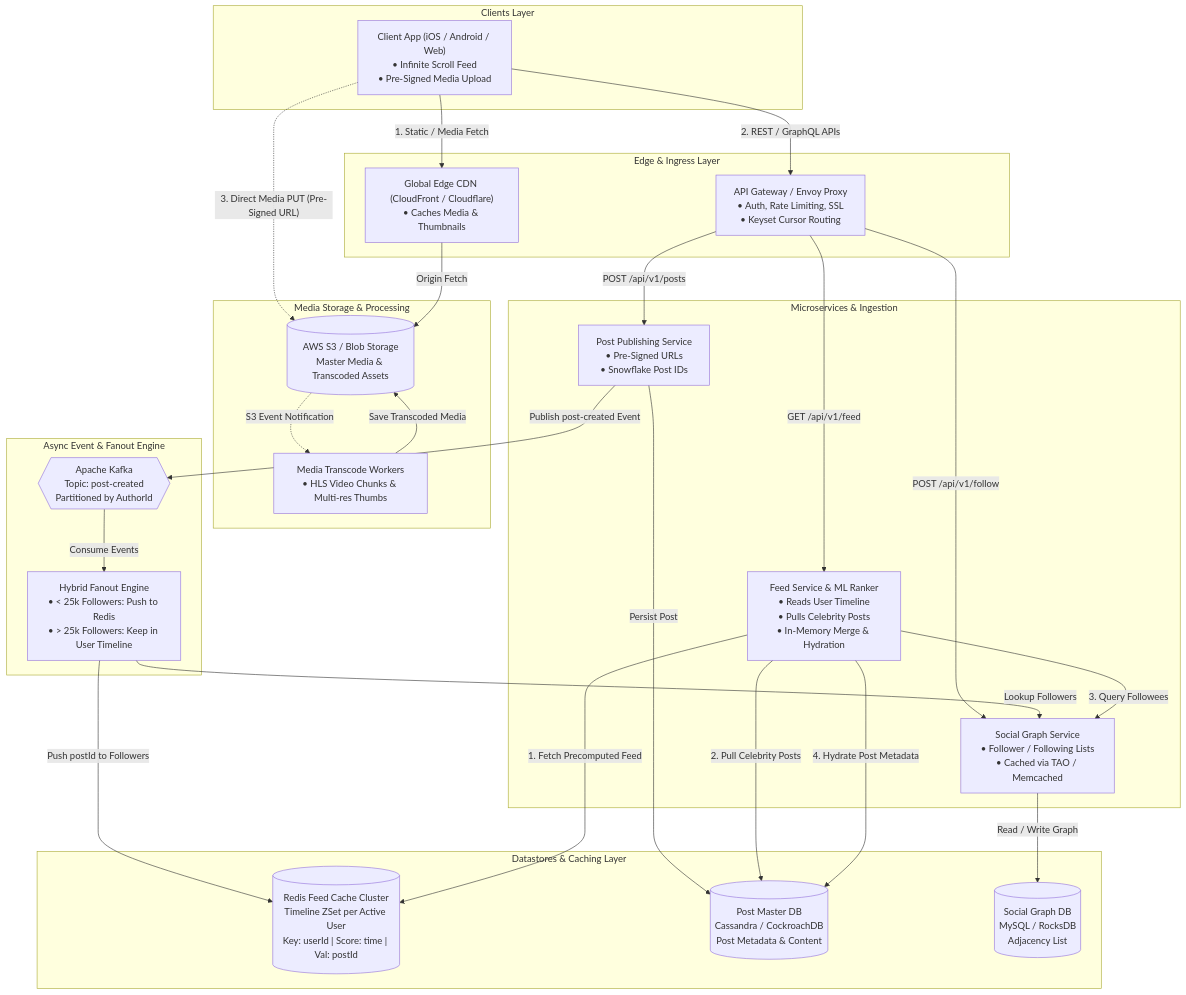
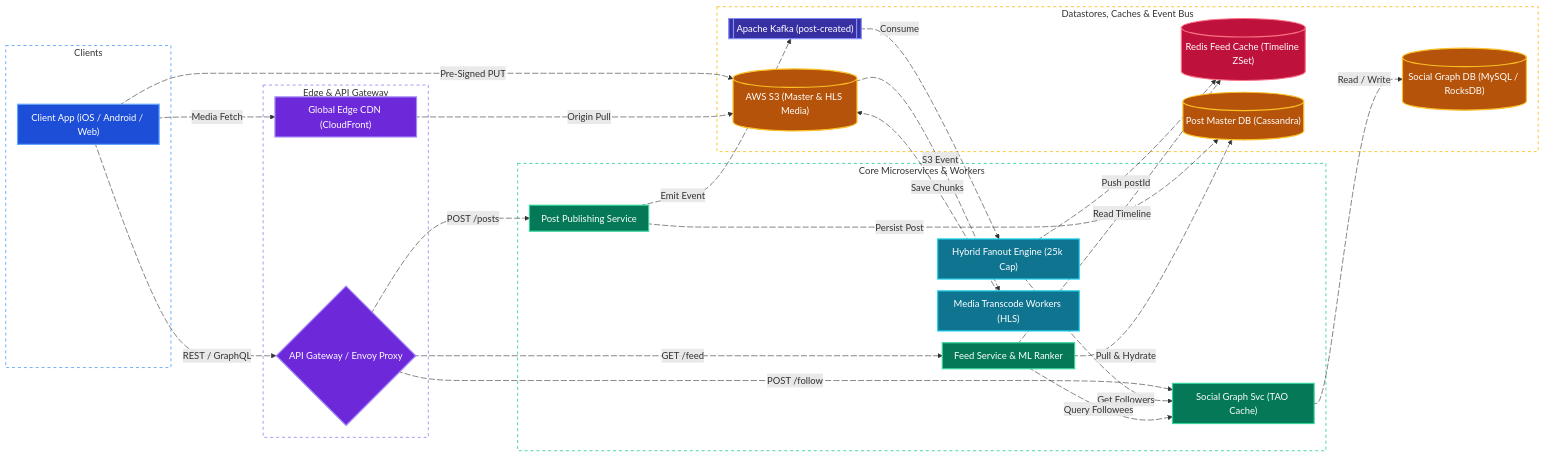
One commit to tarunbatta/tech-interview-prep changed the fourth of 4 diagrams in system-design/social-media.md. Above: the diagram before and after it, drawn with Mermaid. The commit also changed other lines of this file and 30 other files, not shown here.

First line of the commit message:
docs(system-design): convert Mermaid flowcharts to LR with colors and animated edges

````diff
--- a/system-design/social-media.md
+++ b/system-design/social-media.md
@@ -264,53 +352,83 @@
 ```mermaid
-flowchart TD
-    subgraph Clients["Clients Layer"]
-        ClientApp["Client App (iOS / Android / Web)<br/>• Infinite Scroll Feed<br/>• Pre-Signed Media Upload"]
+%%{init: {'flowchart': {'nodeSpacing': 20, 'rankSpacing': 40, 'padding': 10}}}%%
+flowchart LR
+    subgraph Clients["Clients"]
+        ClientApp["Client App (iOS / Android / Web)"]
     end
-    subgraph Edge["Edge & Ingress Layer"]
-        CDN["Global Edge CDN (CloudFront / Cloudflare)<br/>• Caches Media & Thumbnails"]
-        Gateway["API Gateway / Envoy Proxy<br/>• Auth, Rate Limiting, SSL<br/>• Keyset Cursor Routing"]
+    subgraph Edge["Edge & API Gateway"]
+        CDN["Global Edge CDN (CloudFront)"]
+        Gateway{"API Gateway / Envoy Proxy"}
     end
-    subgraph Storage["Media Storage & Processing"]
-        S3[("AWS S3 / Blob Storage<br/>Master Media & Transcoded Assets")]
-        MediaWorkers["Media Transcode Workers<br/>• HLS Video Chunks & Multi-res Thumbs"]
+    subgraph CoreServices["Core Microservices & Workers"]
+        PostSvc["Post Publishing Service"]
+        GraphSvc["Social Graph Svc (TAO Cache)"]
+        FeedSvc["Feed Service & ML Ranker"]
+        Fanout["Hybrid Fanout Engine (25k Cap)"]
+        MediaWorkers["Media Transcode Workers (HLS)"]
     end
-    subgraph CoreServices["Microservices & Ingestion"]
-        PostSvc["Post Publishing Service<br/>• Pre-Signed URLs<br/>• Snowflake Post IDs"]
-        GraphSvc["Social Graph Service<br/>• Follower / Following Lists<br/>• Cached via TAO / Memcached"]
-        FeedSvc["Feed Service & ML Ranker<br/>• Reads User Timeline<br/>• Pulls Celebrity Posts<br/>• In-Memory Merge & Hydration"]
+    subgraph CachesDatastores["Datastores, Caches & Event Bus"]
+        S3[("AWS S3 (Master & HLS Media)")]
+        Kafka[["Apache Kafka (post-created)"]]
+        RedisFeed[("Redis Feed Cache (Timeline ZSet)")]
+        PostDB[("Post Master DB (Cassandra)")]
+        GraphDB[("Social Graph DB (MySQL / RocksDB)")]
     end
-    subgraph AsyncPipeline["Async Event & Fanout Engine"]
-        Kafka{{"Apache Kafka<br/>Topic: post-created<br/>Partitioned by AuthorId"}}
-        Fanout["Hybrid Fanout Engine<br/>• &lt; 25k Followers: Push to Redis<br/>• &gt; 25k Followers: Keep in User Timeline"]
-    end
-    subgraph CachesDatastores["Datastores & Caching Layer"]
-        RedisFeed[("Redis Feed Cache Cluster<br/>Timeline ZSet per Active User<br/>Key: userId | Score: time | Val: postId")]
-        PostDB[("Post Master DB<br/>Cassandra / CockroachDB<br/>Post Metadata & Content")]
-        GraphDB[("Social Graph DB<br/>MySQL / RocksDB<br/>Adjacency List")]
-    end
-    %% Client Interactions
-    ClientApp -->|"1. Static / Media Fetch"| CDN
-    ClientApp -->|"2. REST / GraphQL APIs"| Gateway
-    ClientApp -.->|"3. Direct Media PUT (Pre-Signed URL)"| S3
-    %% Media Processing
-    CDN -->|"Origin Fetch"| S3
-    S3 -.->|"S3 Event Notification"| MediaWorkers
-    MediaWorkers -->|"Save Transcoded Media"| S3
-    %% API Gateway Routing
-    Gateway -->|"POST /api/v1/posts"| PostSvc
-    Gateway -->|"POST /api/v1/follow"| GraphSvc
-    Gateway -->|"GET /api/v1/feed"| FeedSvc
-    %% Publishing & Fanout Flow
-    PostSvc -->|"Persist Post"| PostDB
-    PostSvc -->|"Publish post-created Event"| Kafka
-    Kafka -->|"Consume Events"| Fanout
-    Fanout -->|"Lookup Followers"| GraphSvc
-    Fanout -->|"Push postId to Followers"| RedisFeed
-    %% Feed Generation Flow
-    FeedSvc -->|"1. Fetch Precomputed Feed"| RedisFeed
-    FeedSvc -->|"2. Pull Celebrity Posts"| PostDB
-    FeedSvc -->|"3. Query Followees"| GraphSvc
-    FeedSvc -->|"4. Hydrate Post Metadata"| PostDB
-    %% Social Graph Storage
-    GraphSvc -->|"Read / Write Graph"| GraphDB
+    ClientApp e1@-->|"Media Fetch"| CDN
+    ClientApp e2@-->|"REST / GraphQL"| Gateway
+    ClientApp e3@-.->|"Pre-Signed PUT"| S3
+    CDN e4@-->|"Origin Pull"| S3
+    S3 e5@-.->|"S3 Event"| MediaWorkers
+    MediaWorkers e6@-->|"Save Chunks"| S3
+    Gateway e7@-->|"POST /posts"| PostSvc
+    Gateway e8@-->|"POST /follow"| GraphSvc
+    Gateway e9@-->|"GET /feed"| FeedSvc
+    PostSvc e10@-->|"Persist Post"| PostDB
+    PostSvc e11@-->|"Emit Event"| Kafka
+    Kafka e12@-->|"Consume"| Fanout
+    Fanout e13@-->|"Get Followers"| GraphSvc
+    Fanout e14@-->|"Push postId"| RedisFeed
+    FeedSvc e15@-->|"Read Timeline"| RedisFeed
+    FeedSvc e16@-->|"Pull & Hydrate"| PostDB
+    FeedSvc e17@-->|"Query Followees"| GraphSvc
+    GraphSvc e18@-->|"Read / Write"| GraphDB
+
+    e1@{ animate: true }
+    e2@{ animate: true }
+    e3@{ animate: true }
+    e4@{ animate: true }
+    e5@{ animate: true }
+    e6@{ animate: true }
+    e7@{ animate: true }
+    e8@{ animate: true }
+    e9@{ animate: true }
+    e10@{ animate: true }
+    e11@{ animate: true }
+    e12@{ animate: true }
+    e13@{ animate: true }
+    e14@{ animate: true }
+    e15@{ animate: true }
+    e16@{ animate: true }
+    e17@{ animate: true }
+    e18@{ animate: true }
+
+    classDef client fill:#1d4ed8,stroke:#60a5fa,stroke-width:2px,color:#ffffff
+    classDef edge fill:#6d28d9,stroke:#a78bfa,stroke-width:2px,color:#ffffff
+    classDef service fill:#047857,stroke:#34d399,stroke-width:2px,color:#ffffff
+    classDef worker fill:#0e7490,stroke:#22d3ee,stroke-width:2px,color:#ffffff
+    classDef cache fill:#be123c,stroke:#fb7185,stroke-width:2px,color:#ffffff
+    classDef storage fill:#b45309,stroke:#fbbf24,stroke-width:2px,color:#ffffff
+    classDef queue fill:#3730a3,stroke:#818cf8,stroke-width:2px,color:#ffffff
+
+    class ClientApp client
+    class CDN,Gateway edge
+    class PostSvc,GraphSvc,FeedSvc service
+    class Fanout,MediaWorkers worker
+    class RedisFeed cache
+    class S3,PostDB,GraphDB storage
+    class Kafka queue
+
+    style Clients fill:transparent,stroke:#60a5fa,stroke-width:1.5px,stroke-dasharray: 5 5
+    style Edge fill:transparent,stroke:#a78bfa,stroke-width:1.5px,stroke-dasharray: 5 5
+    style CoreServices fill:transparent,stroke:#34d399,stroke-width:1.5px,stroke-dasharray: 5 5
+    style CachesDatastores fill:transparent,stroke:#fbbf24,stroke-width:1.5px,stroke-dasharray: 5 5
 ```
````
